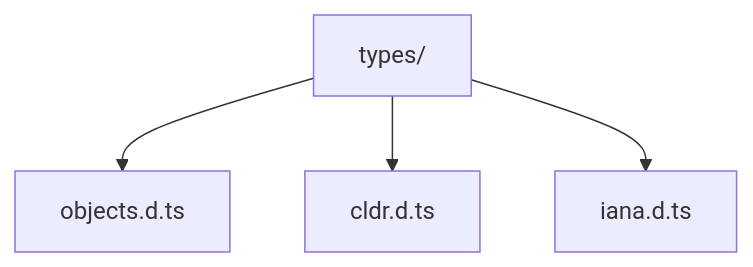
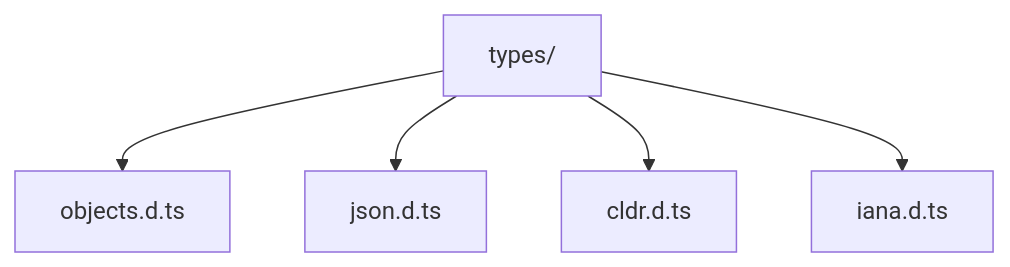
Before and after one commit to virtualitems/tshex-cli: the second of 7 diagrams in docs/library-structure.md, drawn with Mermaid. The commit also changed other lines of this file and 3 other files, not shown here.

````diff
--- a/docs/library-structure.md
+++ b/docs/library-structure.md
@@ -33,6 +33,7 @@
 ```mermaid
 flowchart TD
     types["types/"] --> typesObjects["objects.d.ts"]
+    types --> json["json.d.ts"]
     types --> cldr["cldr.d.ts"]
     types --> iana["iana.d.ts"]
 ```
````
